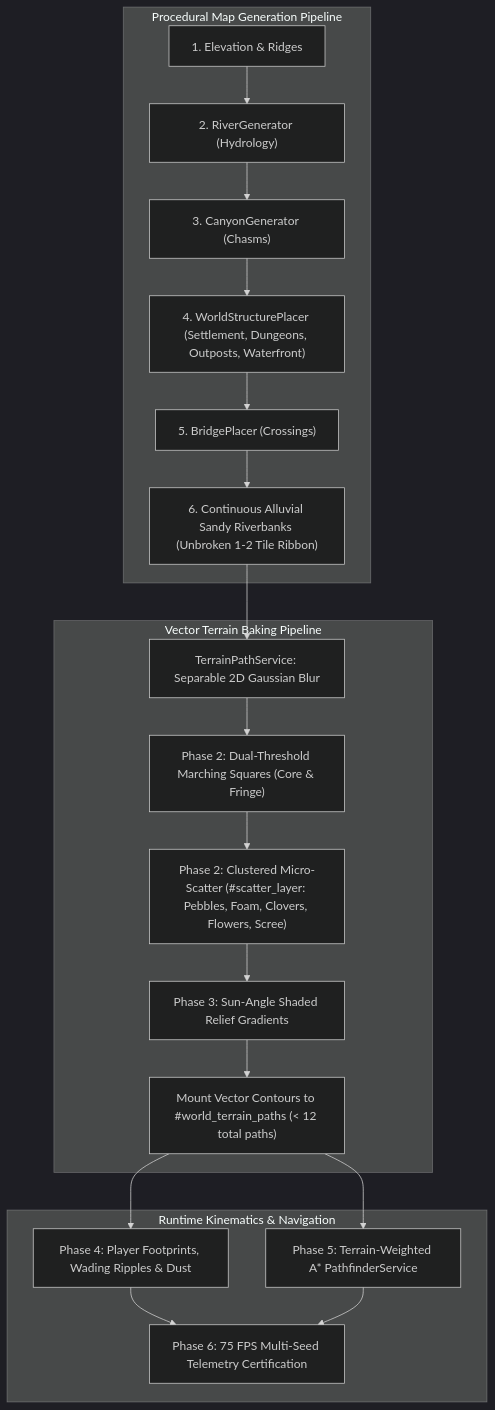
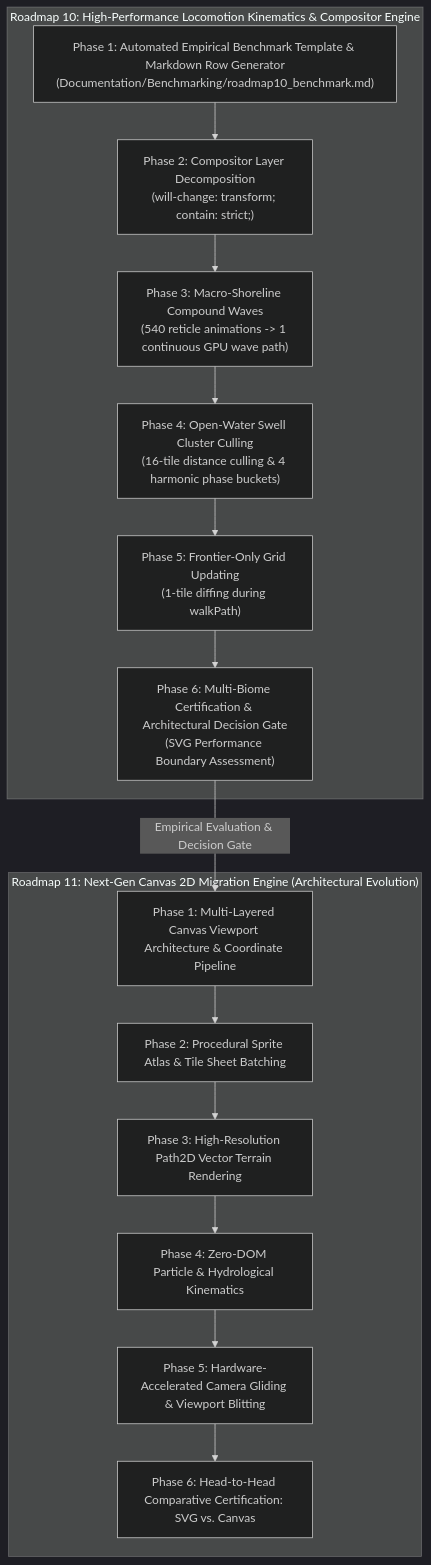
The first of 2 diagrams in roadmap.md (p-madin/Browser-Sandbox), drawn with Mermaid (dark theme) before and after one commit. The commit also changed other lines of this file and 8 other files, not shown here.

Commit message:
Roadmap 10 phase 1

````diff
--- a/roadmap.md
+++ b/roadmap.md
@@ -406,24 +34,34 @@
 ```mermaid
-graph TD
-    subgraph MapGeneration [Procedural Map Generation Pipeline]
-        M1["1. Elevation & Ridges"] --> M2["2. RiverGenerator (Hydrology)"]
-        M2 --> M3["3. CanyonGenerator (Chasms)"]
-        M3 --> M4["4. WorldStructurePlacer (Settlement, Dungeons, Outposts, Waterfront)"]
-        M4 --> M5["5. BridgePlacer (Crossings)"]
-        M5 --> M6["6. Continuous Alluvial Sandy Riverbanks (Unbroken 1-2 Tile Ribbon)"]
+flowchart TD
+    subgraph R10 ["Roadmap 10: High-Performance Locomotion Kinematics & Compositor Engine"]
+        P1["Phase 1: Automated Empirical Benchmark Template & Markdown Row Generator<br/>(Documentation/Benchmarking/roadmap10_benchmark.md)"]
+        P2["Phase 2: Compositor Layer Decomposition<br/>(will-change: transform; contain: strict;)"]
+        P3["Phase 3: Macro-Shoreline Compound Waves<br/>(540 reticle animations -> 1 continuous GPU wave path)"]
+        P4["Phase 4: Open-Water Swell Cluster Culling<br/>(16-tile distance culling & 4 harmonic phase buckets)"]
+        P5["Phase 5: Frontier-Only Grid Updating<br/>(1-tile diffing during walkPath)"]
+        P6["Phase 6: Multi-Biome Certification & Architectural Decision Gate<br/>(SVG Performance Boundary Assessment)"]
+        
+        P1 --> P2
+        P2 --> P3
+        P3 --> P4
+        P4 --> P5
+        P5 --> P6
     end
 
-    subgraph VectorBaking [Vector Terrain Baking Pipeline]
-        M6 --> V1["TerrainPathService: Separable 2D Gaussian Blur"]
-        V1 --> V2["Phase 2: Dual-Threshold Marching Squares (Core & Fringe)"]
-        V2 --> V3["Phase 2: Clustered Micro-Scatter (#scatter_layer: Pebbles, Foam, Clovers, Flowers, Scree)"]
-        V3 --> V4["Phase 3: Sun-Angle Shaded Relief Gradients"]
-        V4 --> V5["Mount Vector Contours to #world_terrain_paths (< 12 total paths)"]
+    subgraph R11 ["Roadmap 11: Next-Gen Canvas 2D Migration Engine (Architectural Evolution)"]
+        C1["Phase 1: Multi-Layered Canvas Viewport Architecture & Coordinate Pipeline"]
+        C2["Phase 2: Procedural Sprite Atlas & Tile Sheet Batching"]
+        C3["Phase 3: High-Resolution Path2D Vector Terrain Rendering"]
+        C4["Phase 4: Zero-DOM Particle & Hydrological Kinematics"]
+        C5["Phase 5: Hardware-Accelerated Camera Gliding & Viewport Blitting"]
+        C6["Phase 6: Head-to-Head Comparative Certification: SVG vs. Canvas"]
+        
+        C1 --> C2
+        C2 --> C3
+        C3 --> C4
+        C4 --> C5
+        C5 --> C6
     end
 
-    subgraph RuntimeInteraction [Runtime Kinematics & Navigation]
-        V5 --> R1["Phase 4: Player Footprints, Wading Ripples & Dust"]
-        V5 --> R2["Phase 5: Terrain-Weighted A* PathfinderService"]
-        R1 & R2 --> R3["Phase 6: 75 FPS Multi-Seed Telemetry Certification"]
-    end
+    P6 -->|"Empirical Evaluation & Decision Gate"| C1
 ```
````
